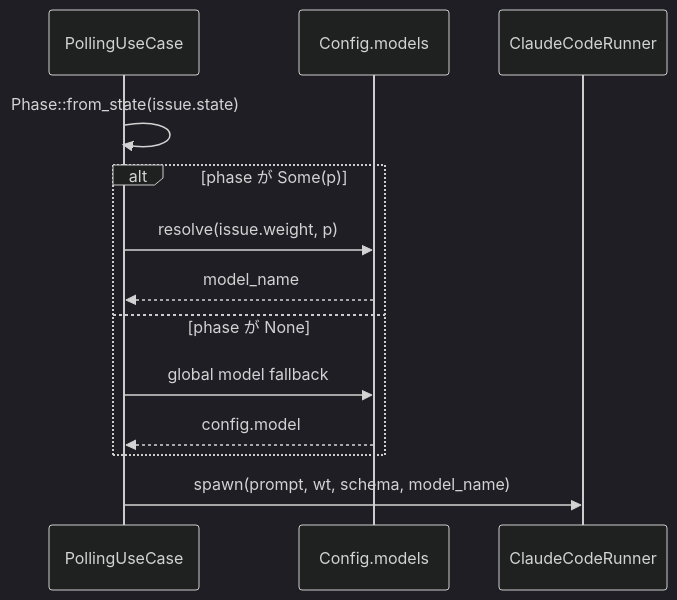
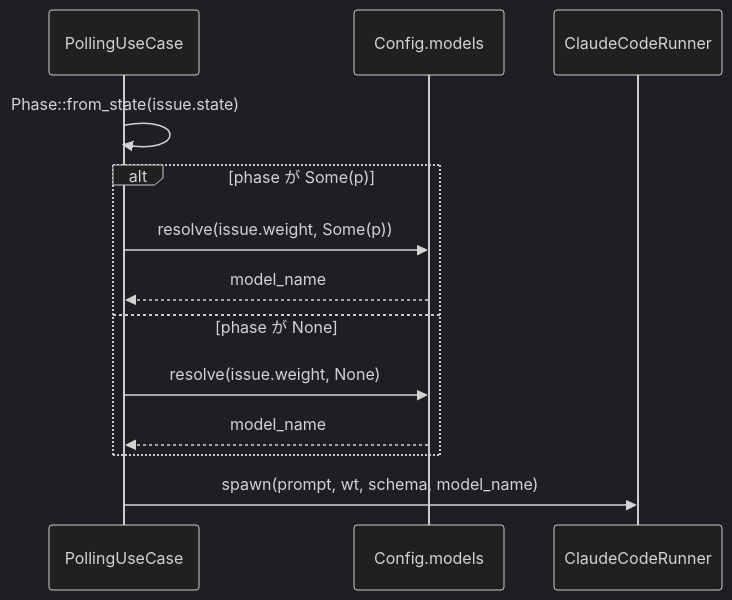
Before and after one commit to kyuki3rain/cupola: the second of 3 diagrams in .cupola/specs/task-weight-model-resolver/design.md, drawn with Mermaid (dark theme). The commit also changed 1 other file, not shown here.

Commit message:
fix: address review comments

````diff
--- a/.cupola/specs/task-weight-model-resolver/design.md
+++ b/.cupola/specs/task-weight-model-resolver/design.md
@@ -104,16 +104,16 @@
 ```mermaid
 sequenceDiagram
     participant Poll as PollingUseCase
     participant Cfg as Config.models
     participant Runner as ClaudeCodeRunner
 
     Poll->>Poll: Phase::from_state(issue.state)
     alt phase が Some(p)
-        Poll->>Cfg: resolve(issue.weight, p)
+        Poll->>Cfg: resolve(issue.weight, Some(p))
         Cfg-->>Poll: model_name
     else phase が None
-        Poll->>Cfg: global model fallback
-        Cfg-->>Poll: config.model
+        Poll->>Cfg: resolve(issue.weight, None)
+        Cfg-->>Poll: model_name
     end
     Poll->>Runner: spawn(prompt, wt, schema, model_name)
 ```
````
